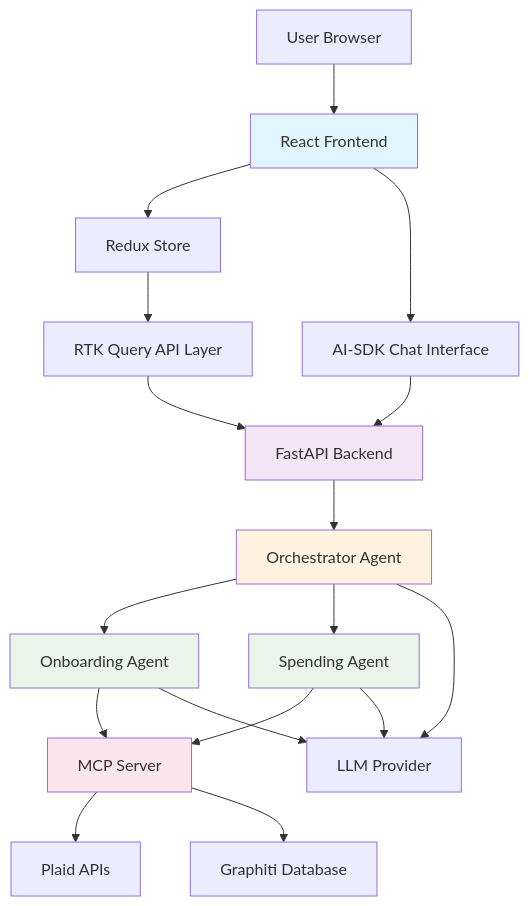
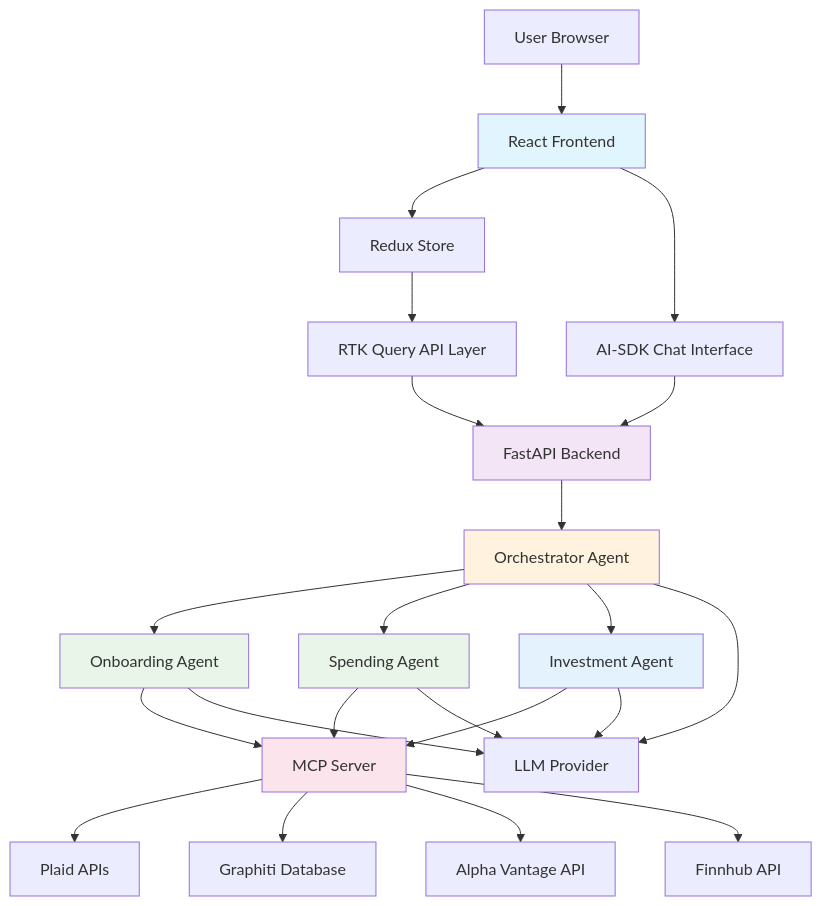
Before and after one commit to FinAssistant/financial-assistant: the diagram in docs/architecture/high-level-architecture.md, drawn with Mermaid. The commit also changed other lines of this file and 5 other files, not shown here.

Commit message:
Investment agent - Chhapter 0

````diff
--- a/docs/architecture/high-level-architecture.md
+++ b/docs/architecture/high-level-architecture.md
@@ -37,28 +38,34 @@
 ```mermaid
 graph TD
     A[User Browser] --> B[React Frontend]
     B --> C[Redux Store]
     C --> D[RTK Query API Layer]
     D --> E[FastAPI Backend]
     E --> F[Orchestrator Agent]
     F --> G[Onboarding Agent]
     F --> H[Spending Agent]
+    F --> N[Investment Agent]
     G --> I[MCP Server]
     H --> I
+    N --> I
     I --> J[Plaid APIs]
     I --> K[Graphiti Database]
+    I --> O[Alpha Vantage API]
+    I --> P[Finnhub API]
     
     F --> L[LLM Provider]
     G --> L
     H --> L
+    N --> L
     
     B --> M[AI-SDK Chat Interface]
     M --> E
     
     style B fill:#e1f5fe
     style E fill:#f3e5f5
     style F fill:#fff3e0
     style G fill:#e8f5e8
     style H fill:#e8f5e8
+    style N fill:#e3f2fd
     style I fill:#fce4ec
 ```
````
